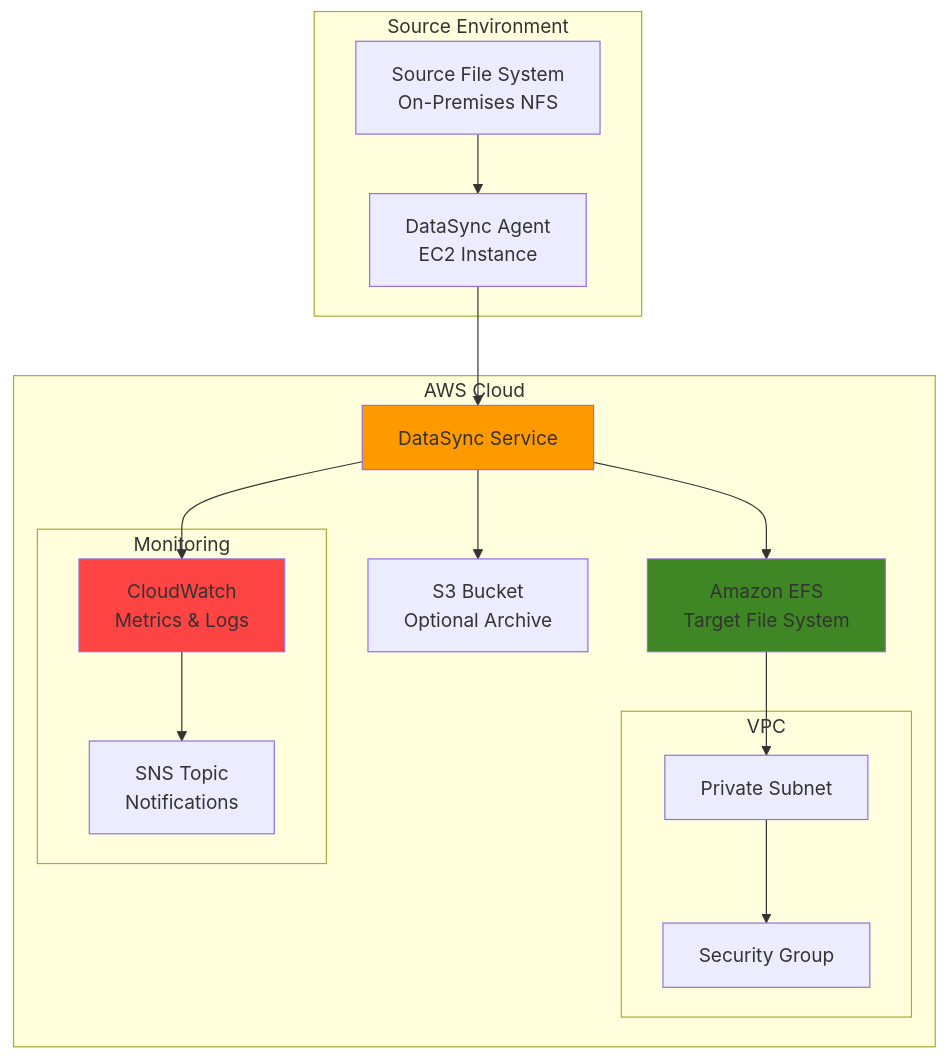
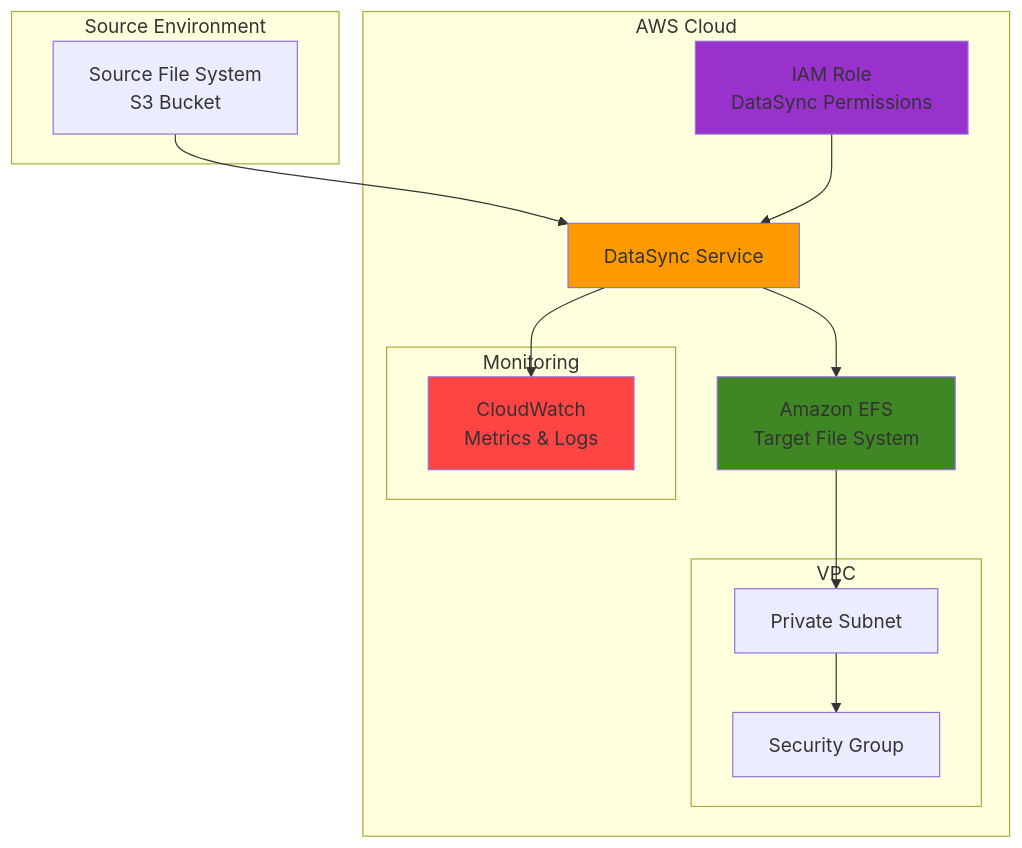
Before and after one commit to mzazon/awesome-cloud-projects: the diagram in aws/file-sync-datasync/file-sync-datasync.md, drawn with Mermaid. The commit also changed other lines of this file and 5581 other files, not shown here.

````diff
--- a/aws/file-sync-datasync/file-sync-datasync.md
+++ b/aws/file-sync-datasync/file-sync-datasync.md
@@ -30,37 +30,35 @@
 ```mermaid
 graph TB
     subgraph "Source Environment"
-        SRC[Source File System<br/>On-Premises NFS]
-        AGENT[DataSync Agent<br/>EC2 Instance]
+        SRC[Source File System<br/>S3 Bucket]
+        
     end
     
     subgraph "AWS Cloud"
         subgraph "VPC"
             SUBNET[Private Subnet]
             SG[Security Group]
         end
         
         DATASYNC[DataSync Service]
         EFS[Amazon EFS<br/>Target File System]
-        S3[S3 Bucket<br/>Optional Archive]
+        ROLE[IAM Role<br/>DataSync Permissions]
         
         subgraph "Monitoring"
             CW[CloudWatch<br/>Metrics & Logs]
-            SNS[SNS Topic<br/>Notifications]
         end
     end
     
-    SRC --> AGENT
-    AGENT --> DATASYNC
+    SRC --> DATASYNC
     DATASYNC --> EFS
-    DATASYNC --> S3
     DATASYNC --> CW
-    CW --> SNS
+    ROLE --> DATASYNC
     
     EFS --> SUBNET
     SUBNET --> SG
     
     style DATASYNC fill:#FF9900
     style EFS fill:#3F8624
     style CW fill:#FF4444
+    style ROLE fill:#9932CC
 ```
````
